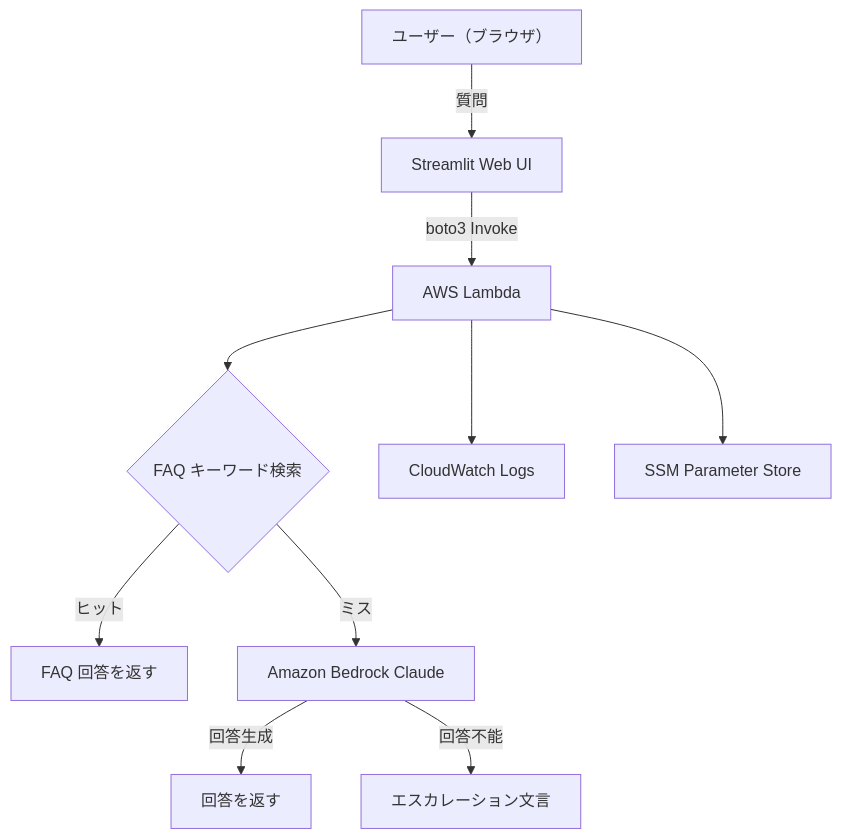
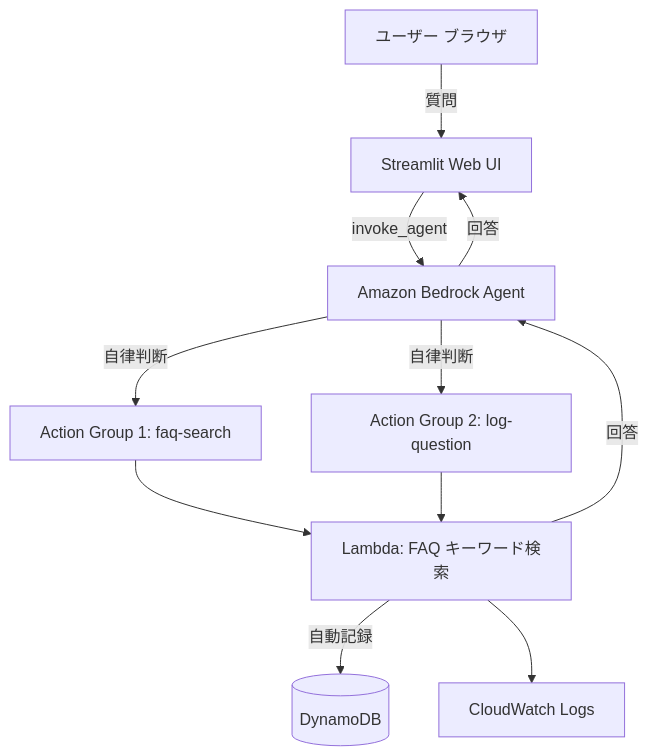
One commit to satoshif1977/aws-bedrock-agent changed the diagram in README.md. Above: the diagram before and after it, drawn with Mermaid. The commit also changed other lines of this file, not shown here.

First line of the commit message:
docs: README を Bedrock Agent アーキテクチャに全面更新

````diff
--- a/README.md
+++ b/README.md
@@ -31,12 +36,13 @@
 ```mermaid
 graph TD
-    A[ユーザー（ブラウザ）] -->|質問| B[Streamlit Web UI]
-    B -->|boto3 Invoke| C[AWS Lambda]
-    C --> D{FAQ キーワード検索}
-    D -->|ヒット| E[FAQ 回答を返す]
-    D -->|ミス| F[Amazon Bedrock Claude]
-    F -->|回答生成| G[回答を返す]
-    F -->|回答不能| H[エスカレーション文言]
-    C --> I[CloudWatch Logs]
-    C --> J[SSM Parameter Store]
+    A[ユーザー ブラウザ] -->|質問| B[Streamlit Web UI]
+    B -->|invoke_agent| C[Amazon Bedrock Agent]
+    C -->|自律判断| D[Action Group 1: faq-search]
+    C -->|自律判断| E[Action Group 2: log-question]
+    D --> F[Lambda: FAQ キーワード検索]
+    E --> F
+    F -->|回答| C
+    F -->|自動記録| G[(DynamoDB)]
+    C -->|回答| B
+    F --> H[CloudWatch Logs]
 ```
````
